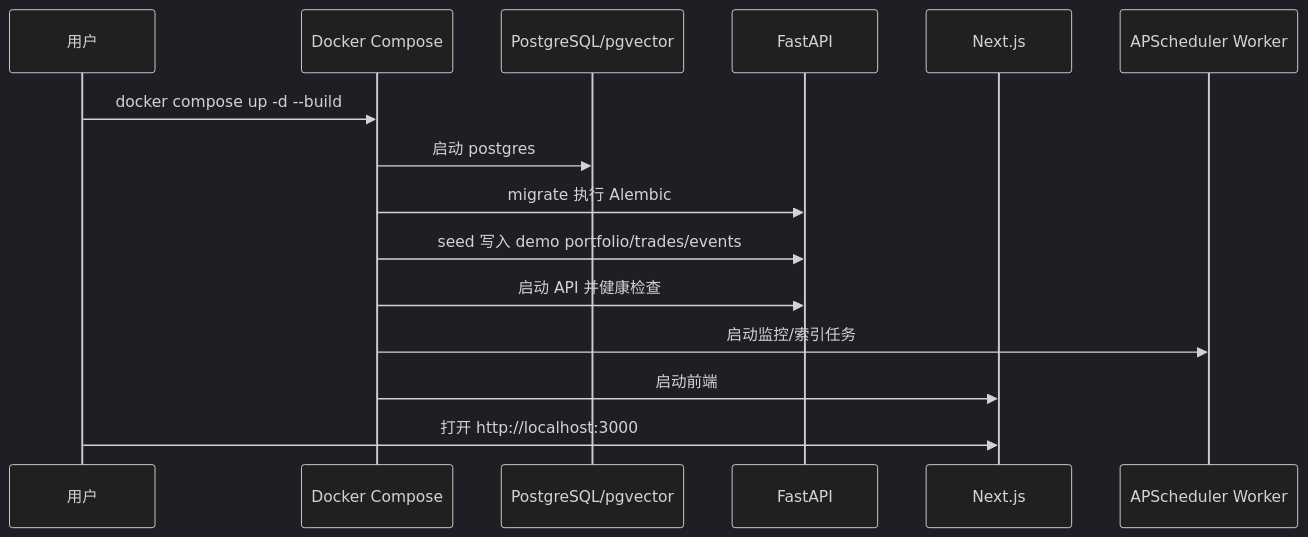
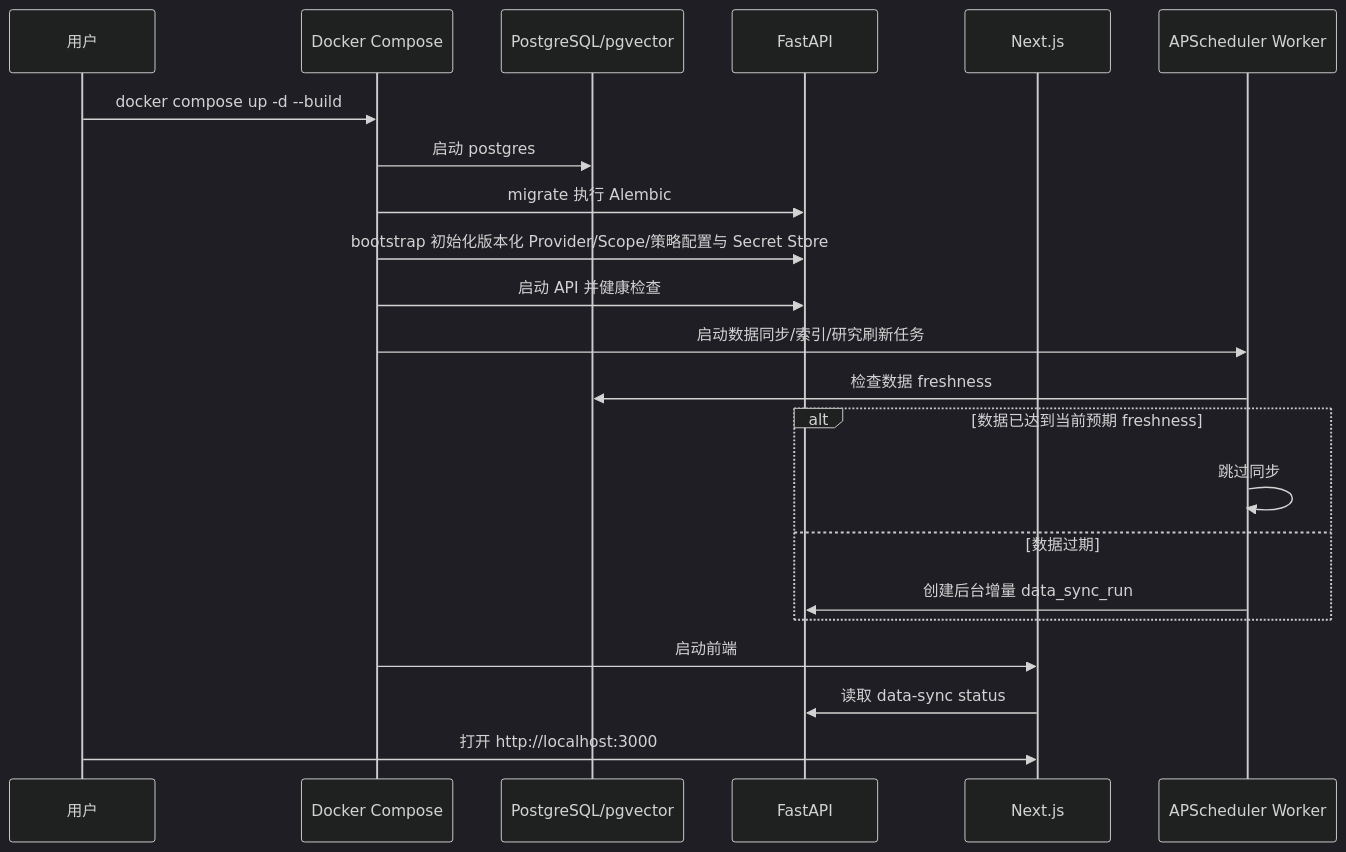
Before and after one commit to RickyW0529/Margin: the fourth of 6 diagrams in docs/design/v0.2/product/Margin_产品设计_v0.2_中文.md, drawn with Mermaid (dark theme). The commit also changed other lines of this file and 469 other files, not shown here.

````diff
--- a/docs/design/v0.2/product/Margin_产品设计_v0.2_中文.md
+++ b/docs/design/v0.2/product/Margin_产品设计_v0.2_中文.md
@@ -184,18 +321,25 @@
 ```mermaid
 sequenceDiagram
     participant User as 用户
     participant Compose as Docker Compose
     participant DB as PostgreSQL/pgvector
     participant API as FastAPI
     participant Web as Next.js
     participant Worker as APScheduler Worker
 
     User->>Compose: docker compose up -d --build
     Compose->>DB: 启动 postgres
     Compose->>API: migrate 执行 Alembic
-    Compose->>API: seed 写入 demo portfolio/trades/events
+    Compose->>API: bootstrap 初始化版本化 Provider/Scope/策略配置与 Secret Store
     Compose->>API: 启动 API 并健康检查
-    Compose->>Worker: 启动监控/索引任务
+    Compose->>Worker: 启动数据同步/索引/研究刷新任务
+    Worker->>DB: 检查数据 freshness
+    alt 数据已达到当前预期 freshness
+        Worker->>Worker: 跳过同步
+    else 数据过期
+        Worker->>API: 创建后台增量 data_sync_run
+    end
     Compose->>Web: 启动前端
+    Web->>API: 读取 data-sync status
     User->>Web: 打开 http://localhost:3000
 ```
````
